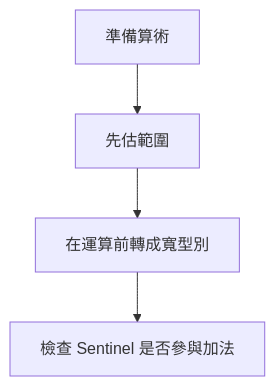
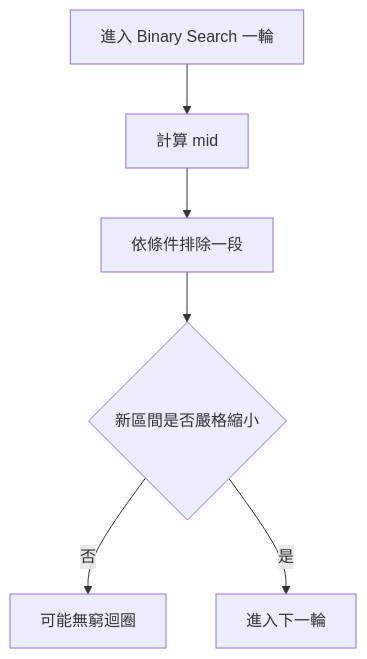
One commit to davidchen0970/algorithm_note changed the third of 4 diagrams in 15_appendices/C_numeric_boundary_issues.md. Above: the diagram before and after it, drawn with Mermaid. The commit also changed other lines of this file and 2 other files, not shown here.

````diff
--- a/15_appendices/C_numeric_boundary_issues.md
+++ b/15_appendices/C_numeric_boundary_issues.md
@@ -77,6 +343,8 @@
 ```mermaid
 flowchart TD
-    A[準備算術] --> B[先估範圍]
-    B --> C[在運算前轉成寬型別]
-    C --> D[檢查 Sentinel 是否參與加法]
+    A[進入 Binary Search 一輪] --> B[計算 mid]
+    B --> C[依條件排除一段]
+    C --> D{"新區間是否嚴格縮小"}
+    D -->|否| E[可能無窮迴圈]
+    D -->|是| F[進入下一輪]
 ```
````
